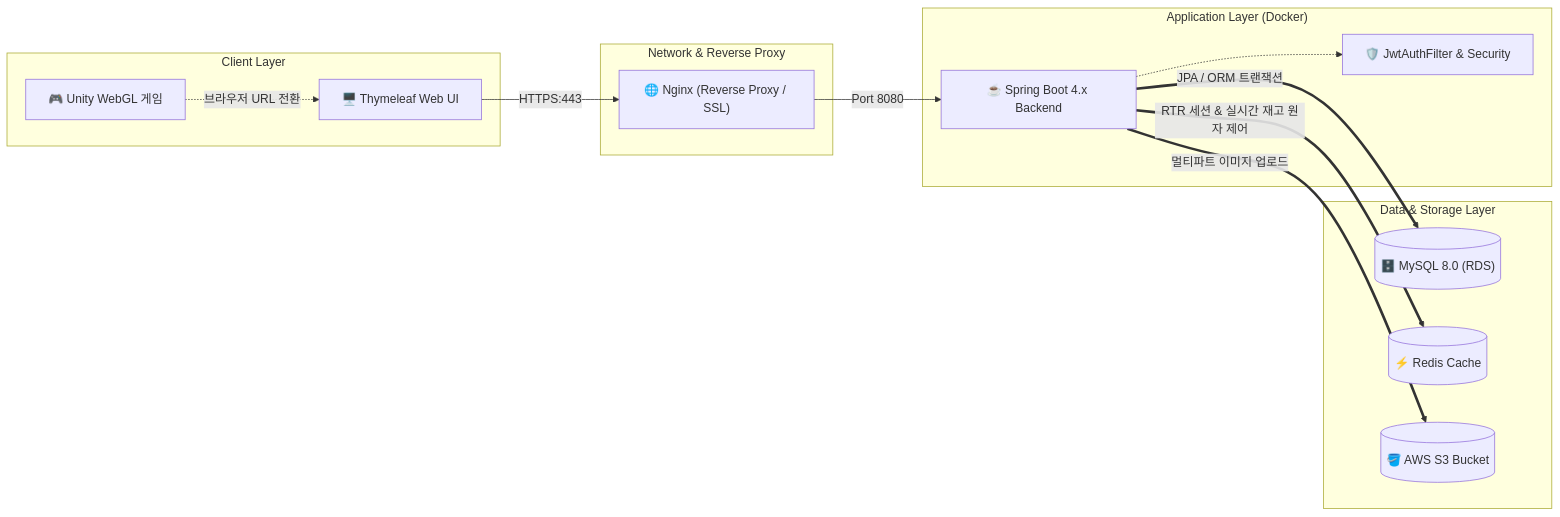
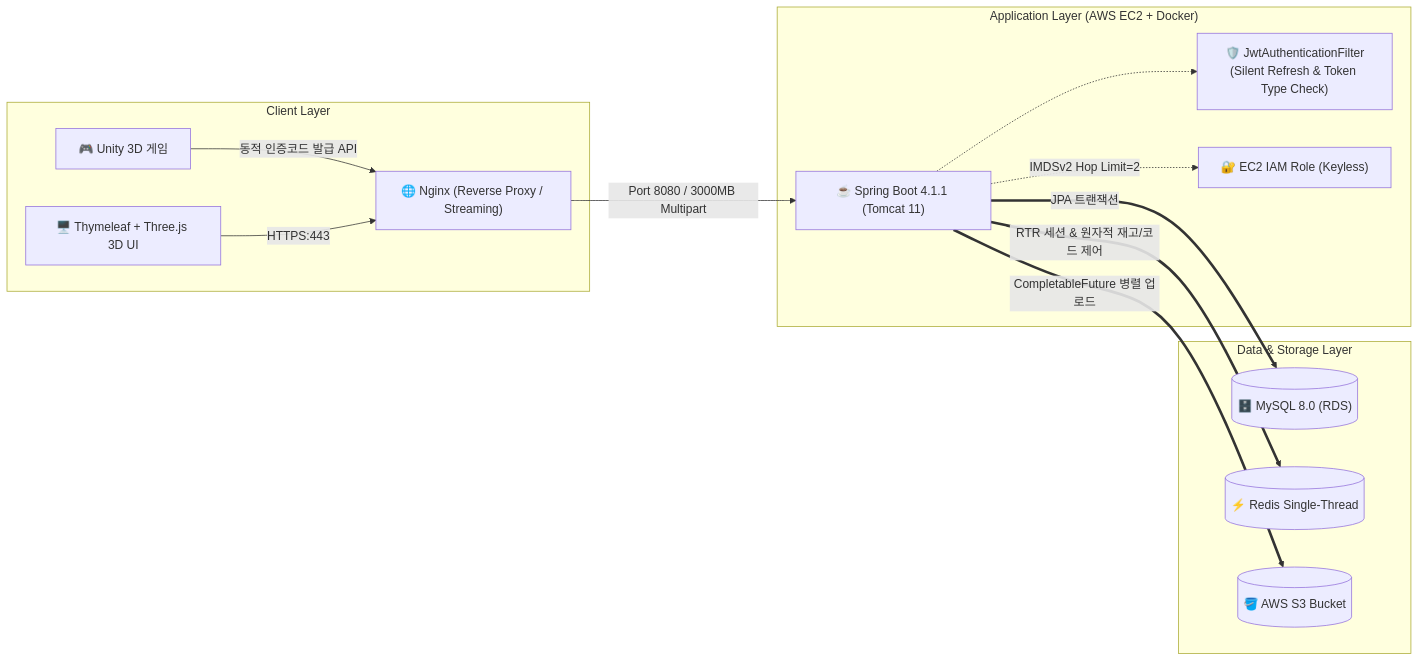
The second of 3 diagrams in README.md (hoehoeabi/RoomTherapy), drawn with Mermaid before and after one commit. The commit also changed other lines of this file, not shown here.

Commit message:
docs: v2.1.0 아키텍처(Three.js 3D 전시관, 동시성 제어, 보안 강화, 대용량 업로드 튜닝) 반영 README 최신화

````diff
--- a/README.md
+++ b/README.md
@@ -91,21 +89,19 @@
 ```mermaid
 flowchart LR
     subgraph ClientLayer ["Client Layer"]
-        WebGL["🎮 Unity WebGL 게임"] -.->|브라우저 URL 전환| WebUI["🖥️ Thymeleaf Web UI"]
+        Unity["🎮 Unity 3D 게임"] -->|동적 인증코드 발급 API| Nginx
+        WebUI["🖥️ Thymeleaf + Three.js 3D UI"] -->|HTTPS:443| Nginx["🌐 Nginx (Reverse Proxy / Streaming)"]
     end
 
-    subgraph GatewayLayer ["Network & Reverse Proxy"]
-        WebUI -->|HTTPS:443| Nginx["🌐 Nginx (Reverse Proxy / SSL)"]
-    end
-
-    subgraph ServiceLayer ["Application Layer (Docker)"]
-        Nginx -->|Port 8080| App["☕ Spring Boot 4.x Backend"]
-        App -.-> Filter["🛡️ JwtAuthFilter & Security"]
+    subgraph ServiceLayer ["Application Layer (AWS EC2 + Docker)"]
+        Nginx -->|Port 8080 / 3000MB Multipart| App["☕ Spring Boot 4.1.1 (Tomcat 11)"]
+        App -.-> Filter["🛡️ JwtAuthenticationFilter<br/>(Silent Refresh & Token Type Check)"]
+        App -.->|IMDSv2 Hop Limit=2| IAM["🔐 EC2 IAM Role (Keyless)"]
     end
 
     subgraph DataLayer ["Data & Storage Layer"]
-        App ==>|JPA / ORM 트랜잭션| MySQL[("🗄️ MySQL 8.0 (RDS)")]
-        App ==>|RTR 세션 & 실시간 재고 원자 제어| Redis[("⚡ Redis Cache")]
-        App ==>|멀티파트 이미지 업로드| S3[("🪣 AWS S3 Bucket")]
+        App ==>|JPA 트랜잭션| MySQL[("🗄️ MySQL 8.0 (RDS)")]
+        App ==>|RTR 세션 & 원자적 재고/코드 제어| Redis[("⚡ Redis Single-Thread")]
+        App ==>|CompletableFuture 병렬 업로드| S3[("🪣 AWS S3 Bucket")]
     end
 ```
````
